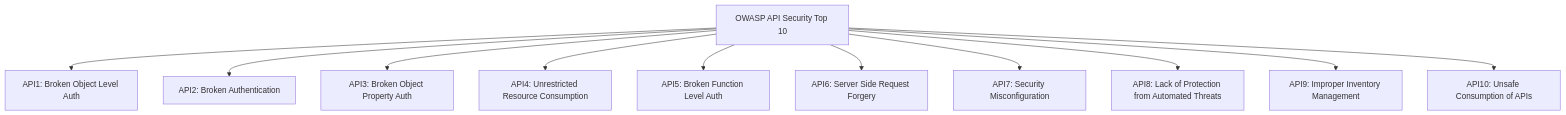
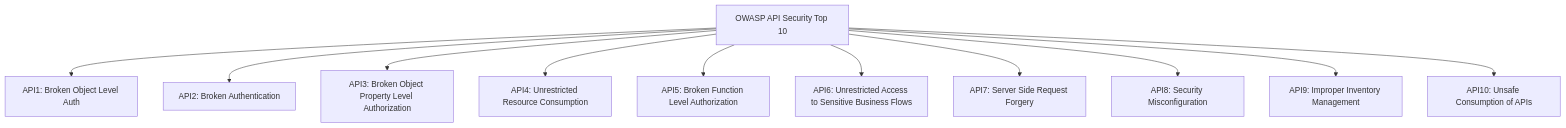
One commit to OneUptime/blog changed the first of 2 diagrams in posts/2026-02-20-api-security-best-practices/README.md. Above: the diagram before and after it, drawn with Mermaid. The commit also changed other lines of this file and 2 other files, not shown here.

Commit message:
validate: 2026-02-20-api-security-best-practices

````diff
--- a/posts/2026-02-20-api-security-best-practices/README.md
+++ b/posts/2026-02-20-api-security-best-practices/README.md
@@ -17,13 +17,13 @@
 ```mermaid
 graph TD
     A[OWASP API Security Top 10] --> B1[API1: Broken Object Level Auth]
     A --> B2[API2: Broken Authentication]
-    A --> B3[API3: Broken Object Property Auth]
+    A --> B3[API3: Broken Object Property Level Authorization]
     A --> B4[API4: Unrestricted Resource Consumption]
-    A --> B5[API5: Broken Function Level Auth]
-    A --> B6[API6: Server Side Request Forgery]
-    A --> B7[API7: Security Misconfiguration]
-    A --> B8[API8: Lack of Protection from Automated Threats]
+    A --> B5[API5: Broken Function Level Authorization]
+    A --> B6[API6: Unrestricted Access to Sensitive Business Flows]
+    A --> B7[API7: Server Side Request Forgery]
+    A --> B8[API8: Security Misconfiguration]
     A --> B9[API9: Improper Inventory Management]
     A --> B10[API10: Unsafe Consumption of APIs]
 ```
````
